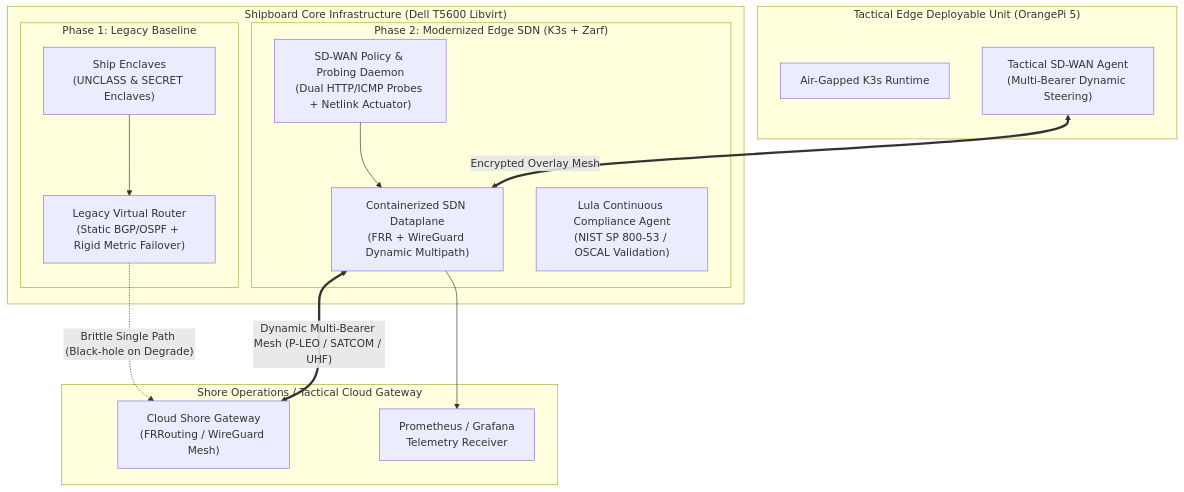
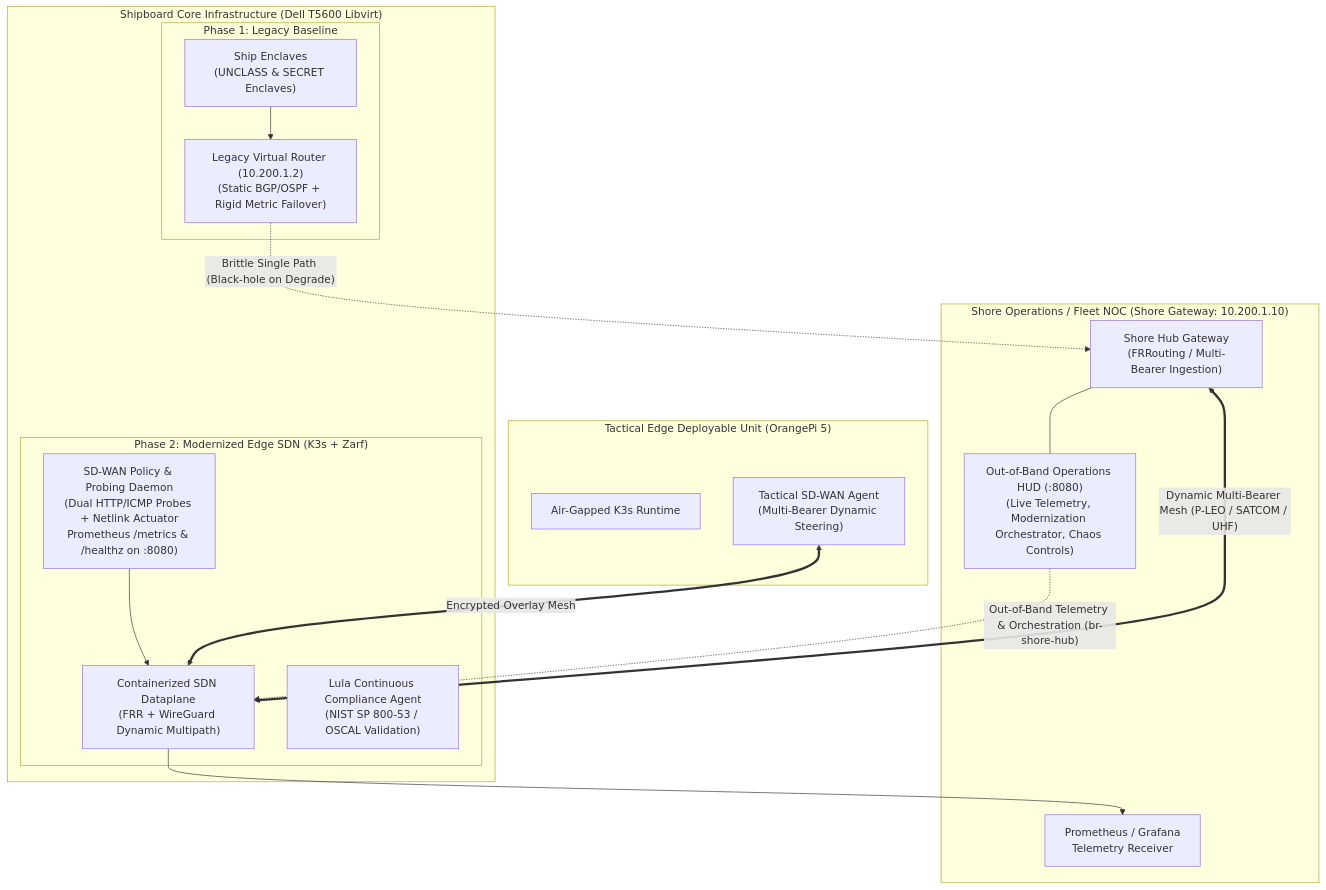
Before and after one commit to celttechie/tactical-edge-sdn: the diagram in README.md, drawn with Mermaid. The commit also changed other lines of this file and 13 other files, not shown here.

First line of the commit message:
feat(arch): decouple out-of-band management and modernization orchestrator (ADR-0008) (#20)

````diff
--- a/README.md
+++ b/README.md
@@ -11,34 +11,37 @@
 ```mermaid
 flowchart TD
-    subgraph ShoreCloud["Shore Operations / Tactical Cloud Gateway"]
-        AWS_GW["Cloud Shore Gateway\n(FRRouting / WireGuard Mesh)"]
+    subgraph ShoreCloud["Shore Operations / Fleet NOC (Shore Gateway: 10.200.1.10)"]
+        AWS_GW["Shore Hub Gateway\n(FRRouting / Multi-Bearer Ingestion)"]
+        AWS_HUD["Out-of-Band Operations HUD (:8080)\n(Live Telemetry, Modernization Orchestrator, Chaos Controls)"]
         AWS_MON["Prometheus / Grafana\nTelemetry Receiver"]
+        AWS_GW --- AWS_HUD
     end
 
     subgraph ShipboardT5600["Shipboard Core Infrastructure (Dell T5600 Libvirt)"]
         subgraph LegacyCANES["Phase 1: Legacy Baseline"]
-            VM_LEGACY_ROUTER["Legacy Virtual Router\n(Static BGP/OSPF + Rigid Metric Failover)"]
+            VM_LEGACY_ROUTER["Legacy Virtual Router (10.200.1.2)\n(Static BGP/OSPF + Rigid Metric Failover)"]
             VM_LEGACY_ENCLAVE["Ship Enclaves\n(UNCLASS & SECRET Enclaves)"]
         end
 
         subgraph ModernCANES["Phase 2: Modernized Edge SDN (K3s + Zarf)"]
             CNF_ROUTER["Containerized SDN Dataplane\n(FRR + WireGuard Dynamic Multipath)"]
-            SDN_CTRL["SD-WAN Policy & Probing Daemon\n(Dual HTTP/ICMP Probes + Netlink Actuator)"]
+            SDN_CTRL["SD-WAN Policy & Probing Daemon\n(Dual HTTP/ICMP Probes + Netlink Actuator\nPrometheus /metrics & /healthz on :8080)"]
             LULA_AUDIT["Lula Continuous Compliance Agent\n(NIST SP 800-53 / OSCAL Validation)"]
         end
     end
 
     subgraph TacticalEdge["Tactical Edge Deployable Unit (OrangePi 5)"]
         OPI_K3S["Air-Gapped K3s Runtime"]
         OPI_SDWAN["Tactical SD-WAN Agent\n(Multi-Bearer Dynamic Steering)"]
     end
 
     %% Network Connections
     VM_LEGACY_ENCLAVE --> VM_LEGACY_ROUTER
     VM_LEGACY_ROUTER -.->|"Brittle Single Path (Black-hole on Degrade)"| AWS_GW
 
     CNF_ROUTER <==>|"Dynamic Multi-Bearer Mesh (P-LEO / SATCOM / UHF)"| AWS_GW
     SDN_CTRL --> CNF_ROUTER
     OPI_SDWAN <==>|"Encrypted Overlay Mesh"| CNF_ROUTER
     CNF_ROUTER --> AWS_MON
+    AWS_HUD -.->|"Out-of-Band Telemetry & Orchestration (br-shore-hub)"| CNF_ROUTER
 ```
````
